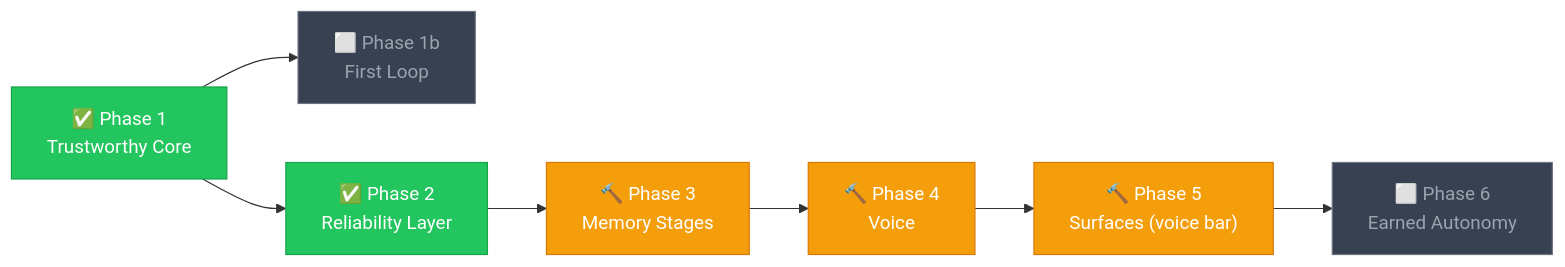
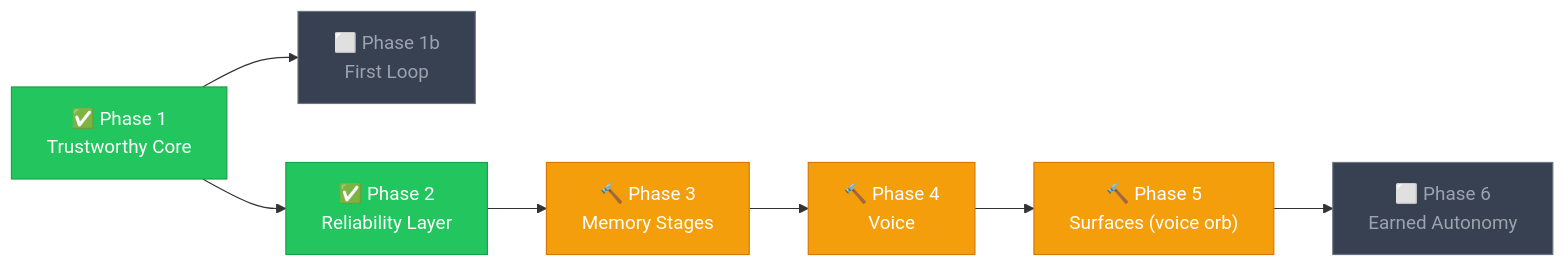
Before and after one commit to NastyRunner13/AgentOS: the diagram in README.md, drawn with Mermaid. The commit also changed other lines of this file and 5 other files, not shown here.

````diff
--- a/README.md
+++ b/README.md
@@ -159,25 +159,25 @@
 ```mermaid
 graph LR
     P1["✅ Phase 1\nTrustworthy Core"]
     P1b["⬜ Phase 1b\nFirst Loop"]
     P2["✅ Phase 2\nReliability Layer"]
     P3["🔨 Phase 3\nMemory Stages"]
     P4["🔨 Phase 4\nVoice"]
-    P5["🔨 Phase 5\nSurfaces (voice bar)"]
+    P5["🔨 Phase 5\nSurfaces (voice orb)"]
     P6["⬜ Phase 6\nEarned Autonomy"]
 
     P1 --> P1b
     P1 --> P2
     P2 --> P3
     P3 --> P4
     P4 --> P5
     P5 --> P6
 
     style P1 fill:#22c55e,stroke:#16a34a,color:#fff
     style P2 fill:#22c55e,stroke:#16a34a,color:#fff
     style P3 fill:#f59e0b,stroke:#d97706,color:#fff
     style P1b fill:#374151,stroke:#6b7280,color:#9ca3af
     style P4 fill:#f59e0b,stroke:#d97706,color:#fff
     style P5 fill:#f59e0b,stroke:#d97706,color:#fff
     style P6 fill:#374151,stroke:#6b7280,color:#9ca3af
 ```
````
